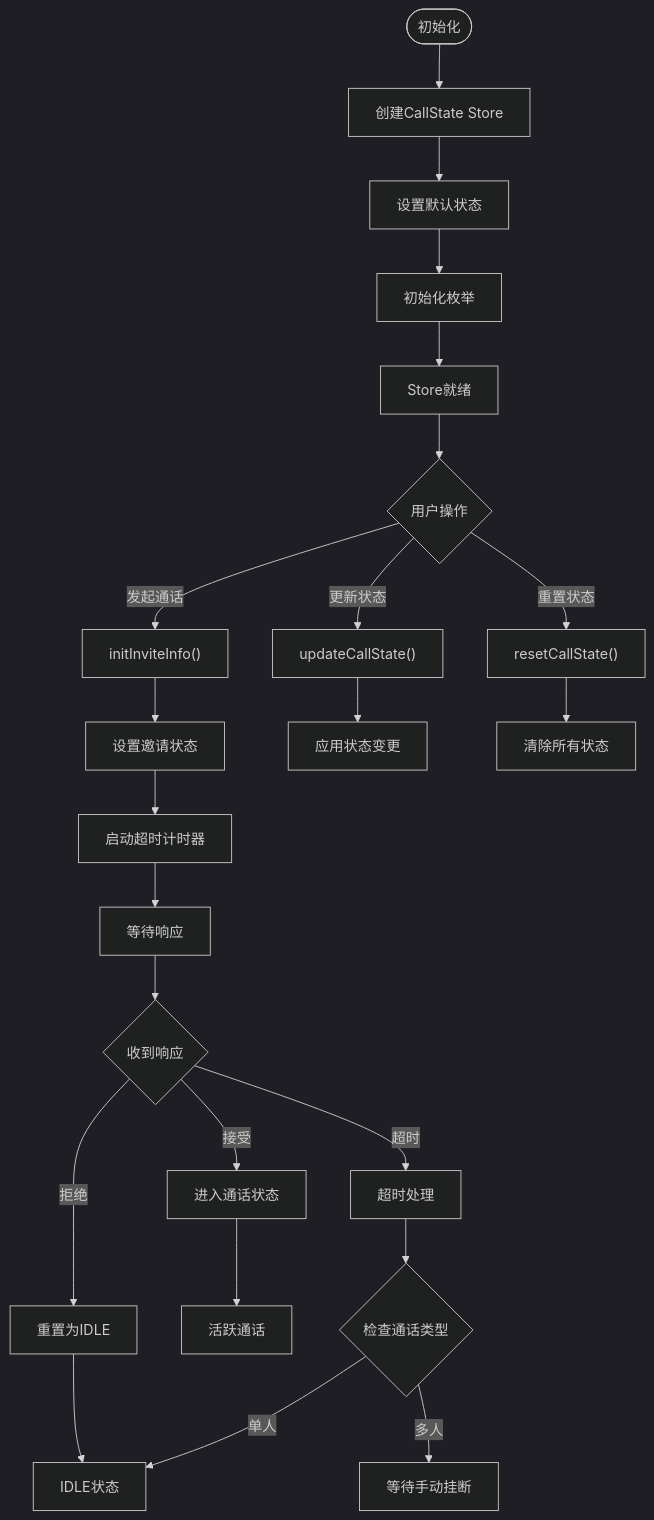
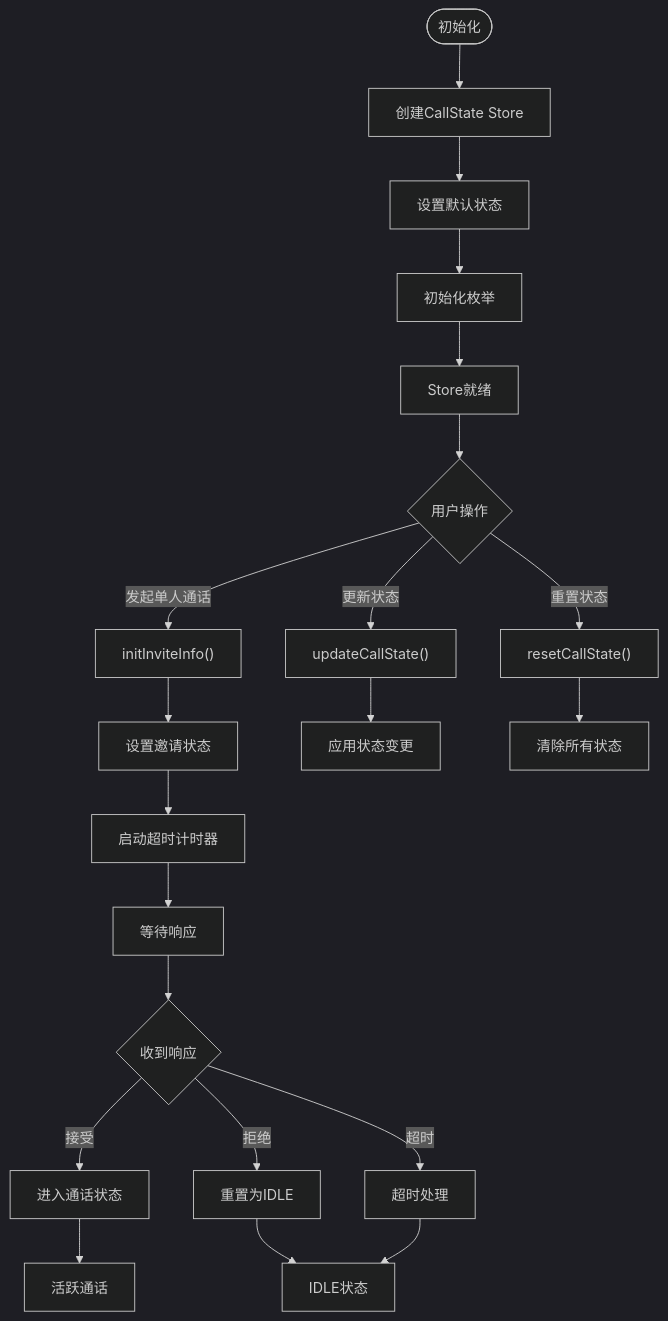
The fifth of 6 diagrams in .qoder/repowiki/zh/content/状态管理/CallState Store.md (Easemob-Community/easemob-uikit-callkit-vue3), drawn with Mermaid (dark theme) before and after one commit. The commit also changed other lines of this file and 54 other files, not shown here.

````diff
--- a/.qoder/repowiki/zh/content/状态管理/CallState Store.md
+++ b/.qoder/repowiki/zh/content/状态管理/CallState Store.md
@@ -349,25 +314,23 @@
 ```mermaid
 flowchart TD
 Init([初始化]) --> CreateStore["创建CallState Store"]
 CreateStore --> SetDefaults["设置默认状态"]
 SetDefaults --> InitEnums["初始化枚举"]
 InitEnums --> Ready["Store就绪"]
 Ready --> UserAction{"用户操作"}
-UserAction --> |发起通话| InitInvite["initInviteInfo()"]
+UserAction --> |发起单人通话| InitInvite["initInviteInfo()"]
 UserAction --> |更新状态| UpdateState["updateCallState()"]
 UserAction --> |重置状态| ResetState["resetCallState()"]
 InitInvite --> SetInvite["设置邀请状态"]
 SetInvite --> StartTimer["启动超时计时器"]
 StartTimer --> WaitResponse["等待响应"]
 UpdateState --> ApplyChanges["应用状态变更"]
 ResetState --> ClearAll["清除所有状态"]
 WaitResponse --> Response{"收到响应"}
 Response --> |接受| AcceptCall["进入通话状态"]
 Response --> |拒绝| RejectCall["重置为IDLE"]
 Response --> |超时| TimeoutCall["超时处理"]
 AcceptCall --> ActiveCall["活跃通话"]
 RejectCall --> IdleState["IDLE状态"]
-TimeoutCall --> CheckType{"检查通话类型"}
-CheckType --> |单人| IdleState
-CheckType --> |多人| WaitManual["等待手动挂断"]
+TimeoutCall --> IdleState
 ```
````
